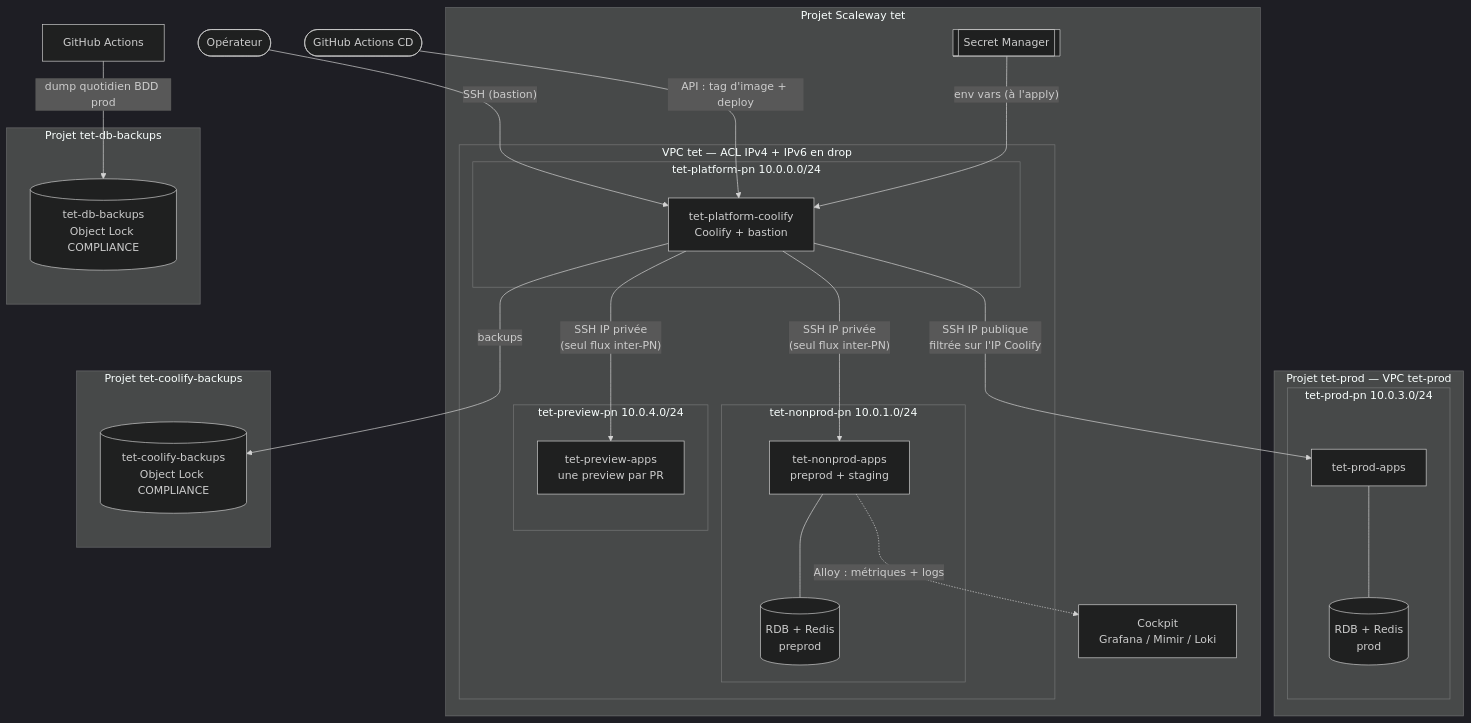
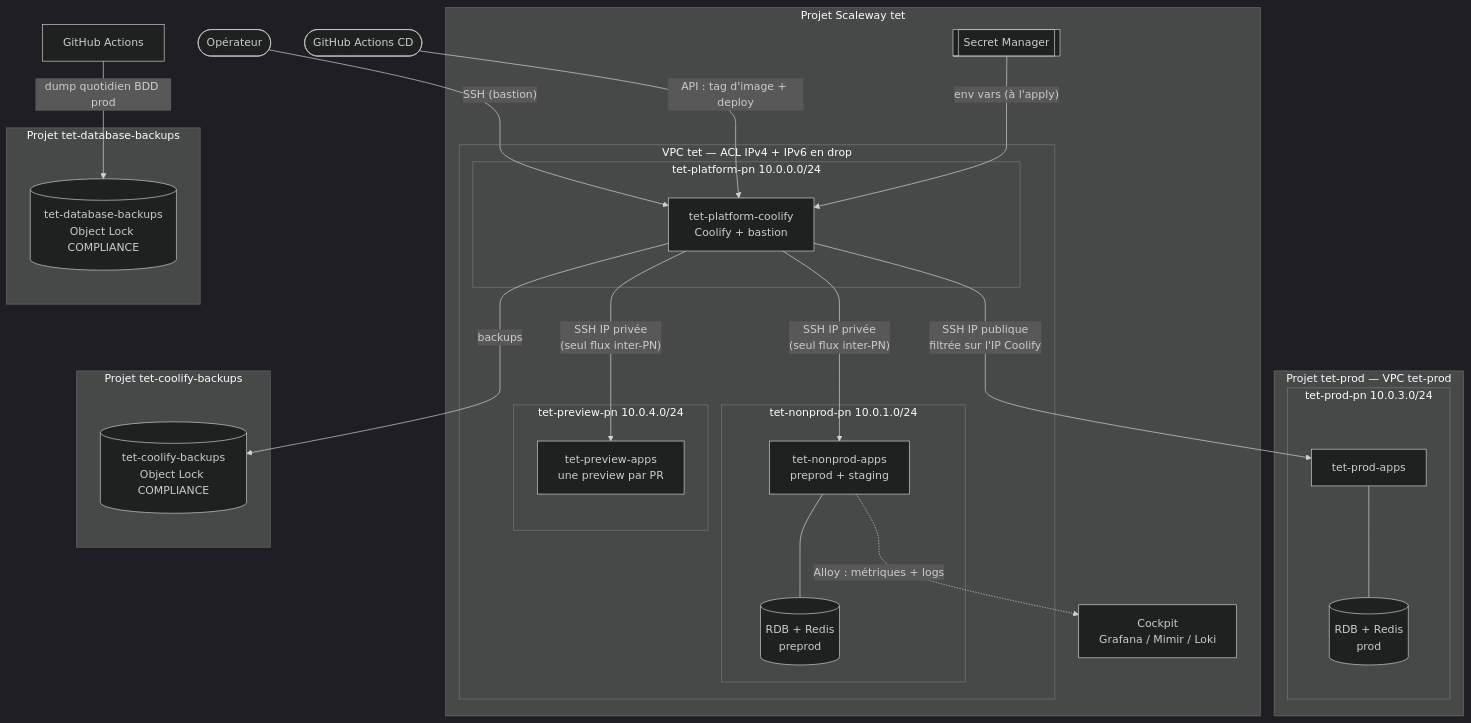
Before and after one commit to incubateur-ademe/territoires-en-transitions: the first of 2 diagrams in infra/README.md, drawn with Mermaid (dark theme). The commit also changed other lines of this file and 4 other files, not shown here.

Commit message:
chore(infra): tet-db-backups devient tet-database-backups (projet, bucket, application IAM)

````diff
--- a/infra/README.md
+++ b/infra/README.md
@@ -16,46 +16,46 @@
 ```mermaid
 flowchart TB
   ops([Opérateur]) -- "SSH (bastion)" --> coolify
   cd([GitHub Actions CD]) -- "API : tag d'image + deploy" --> coolify
 
   subgraph main["Projet Scaleway tet"]
     subgraph vpc["VPC tet — ACL IPv4 + IPv6 en drop"]
       subgraph ppn["tet-platform-pn 10.0.0.0/24"]
         coolify["tet-platform-coolify<br/>Coolify + bastion"]
       end
       subgraph npn["tet-nonprod-pn 10.0.1.0/24"]
         nonprod["tet-nonprod-apps<br/>preprod + staging"]
         nrdb[(RDB + Redis<br/>preprod)]
       end
       subgraph vpn["tet-preview-pn 10.0.4.0/24"]
         preview["tet-preview-apps<br/>une preview par PR"]
       end
     end
     sm[[Secret Manager]]
     cockpit[Cockpit<br/>Grafana / Mimir / Loki]
   end
 
   subgraph prodp["Projet tet-prod — VPC tet-prod"]
     subgraph prodpn["tet-prod-pn 10.0.3.0/24"]
       prod["tet-prod-apps"]
       prdb[(RDB + Redis<br/>prod)]
     end
   end
 
   subgraph bk["Projet tet-coolify-backups"]
     bucket[(tet-coolify-backups<br/>Object Lock COMPLIANCE)]
   end
 
-  subgraph dbk["Projet tet-db-backups"]
-    dbbucket[(tet-db-backups<br/>Object Lock COMPLIANCE)]
+  subgraph dbk["Projet tet-database-backups"]
+    dbbucket[(tet-database-backups<br/>Object Lock COMPLIANCE)]
   end
 
   coolify -- "SSH IP privée<br/>(seul flux inter-PN)" --> nonprod & preview
   coolify -- "SSH IP publique<br/>filtrée sur l'IP Coolify" --> prod
   sm -- "env vars (à l'apply)" --> coolify
   coolify -- "backups" --> bucket
   gha["GitHub Actions"] -- "dump quotidien BDD prod" --> dbbucket
   nonprod --- nrdb
   prod --- prdb
   nonprod -. "Alloy : métriques + logs" .-> cockpit
 ```
````
